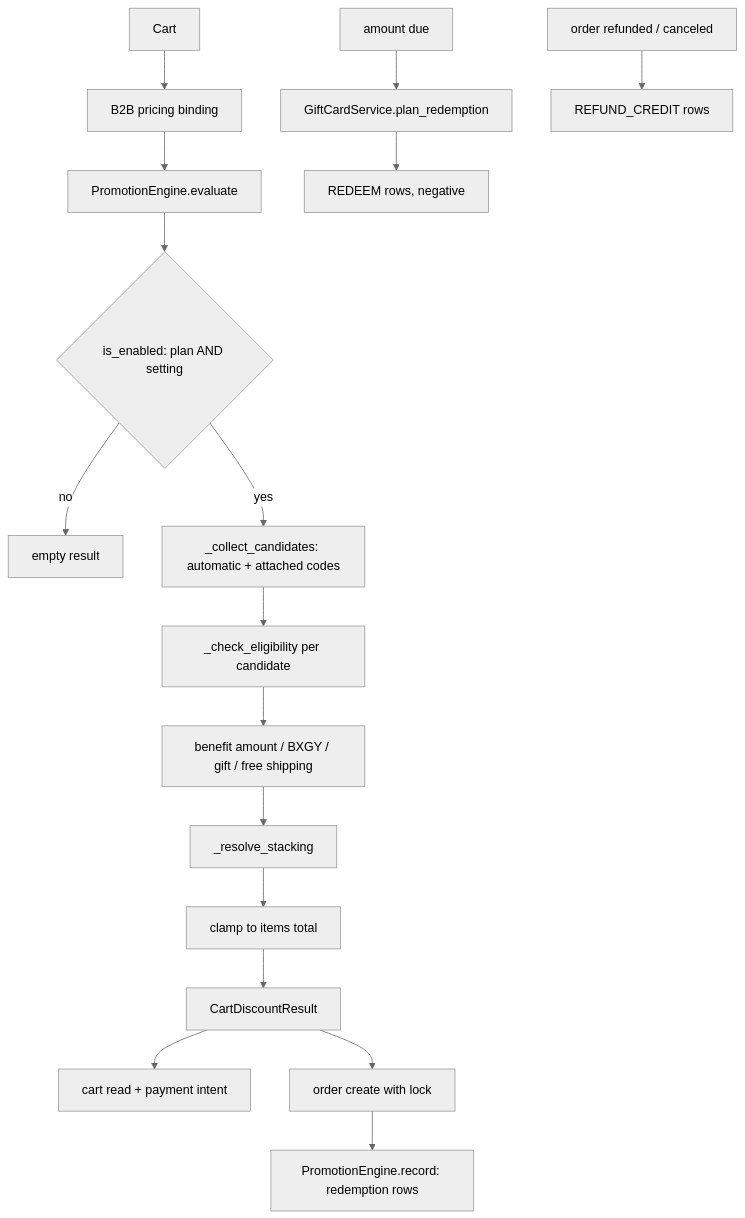
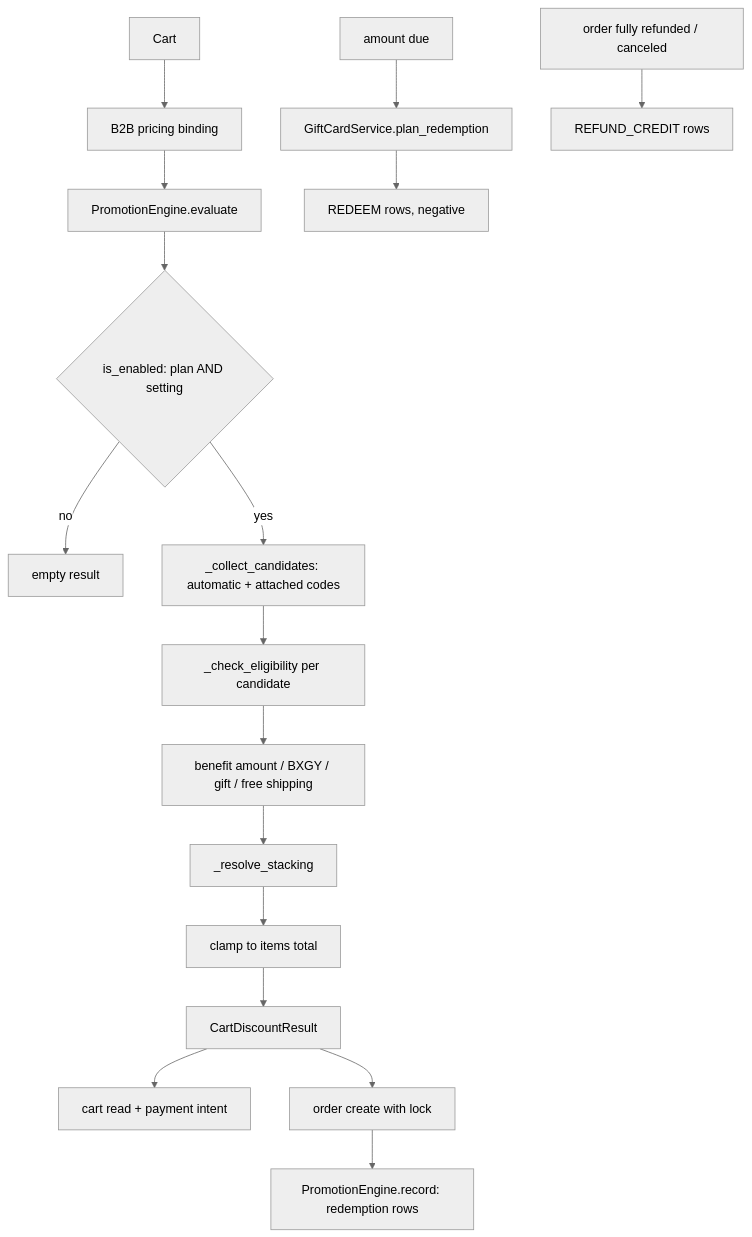
One commit to vasilistotskas/grooveshop-docs changed the diagram in src/dev/flows/promotions-and-gift-cards.md. Above: the diagram before and after it, drawn with Mermaid (neutral theme). The commit also changed other lines of this file and 25 other files, not shown here.

````diff
--- a/src/dev/flows/promotions-and-gift-cards.md
+++ b/src/dev/flows/promotions-and-gift-cards.md
@@ -21,21 +21,21 @@
 ```mermaid
 flowchart TD
   Cart["Cart"] --> Bind["B2B pricing binding"]
   Bind --> Eval["PromotionEngine.evaluate"]
   Eval --> Gate{"is_enabled: plan AND setting"}
   Gate -- "no" --> Empty["empty result"]
   Gate -- "yes" --> Cand["_collect_candidates: automatic + attached codes"]
   Cand --> Elig["_check_eligibility per candidate"]
   Elig --> Amt["benefit amount / BXGY / gift / free shipping"]
   Amt --> Stack["_resolve_stacking"]
   Stack --> Clamp["clamp to items total"]
   Clamp --> Result["CartDiscountResult"]
 
   Result --> Preview["cart read + payment intent"]
   Result --> Create["order create with lock"]
   Create --> Rec["PromotionEngine.record: redemption rows"]
 
   Due["amount due"] --> Plan["GiftCardService.plan_redemption"]
   Plan --> Ledger["REDEEM rows, negative"]
-  Refund["order refunded / canceled"] --> Credit["REFUND_CREDIT rows"]
+  Refund["order fully refunded / canceled"] --> Credit["REFUND_CREDIT rows"]
 ```
````
